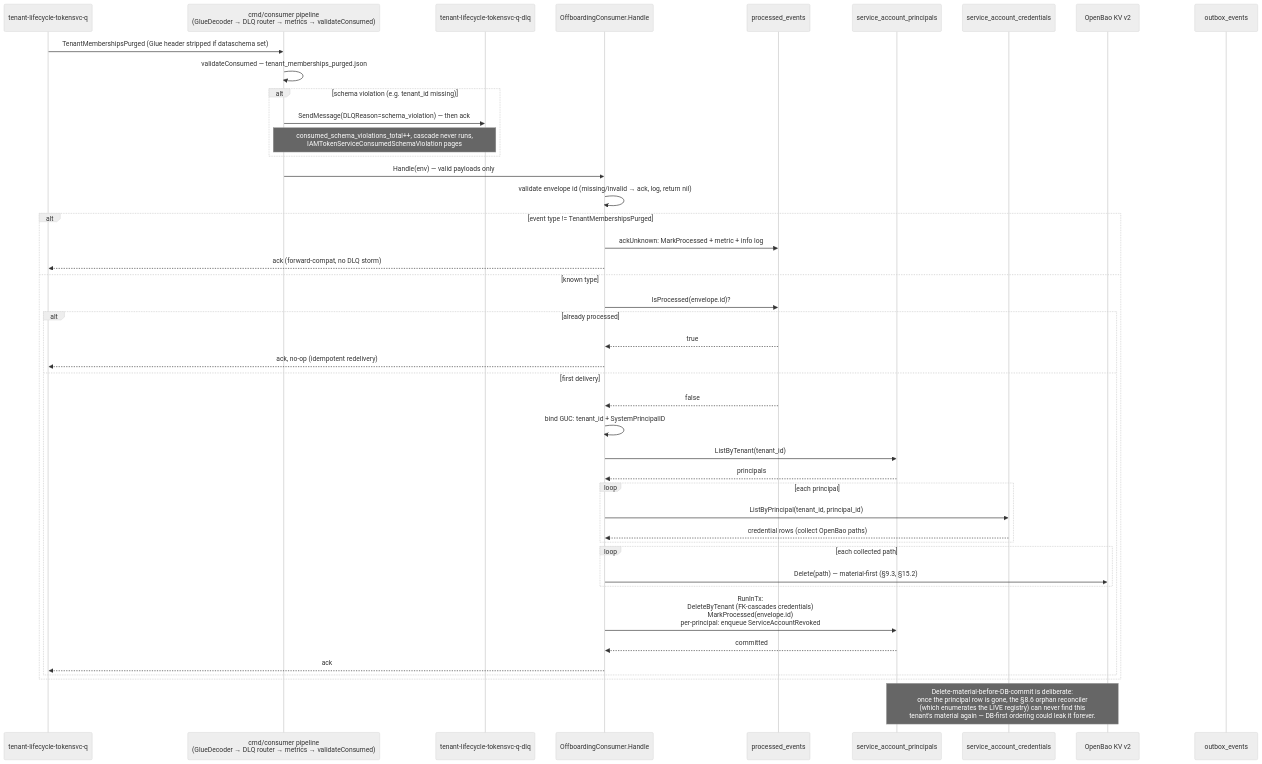
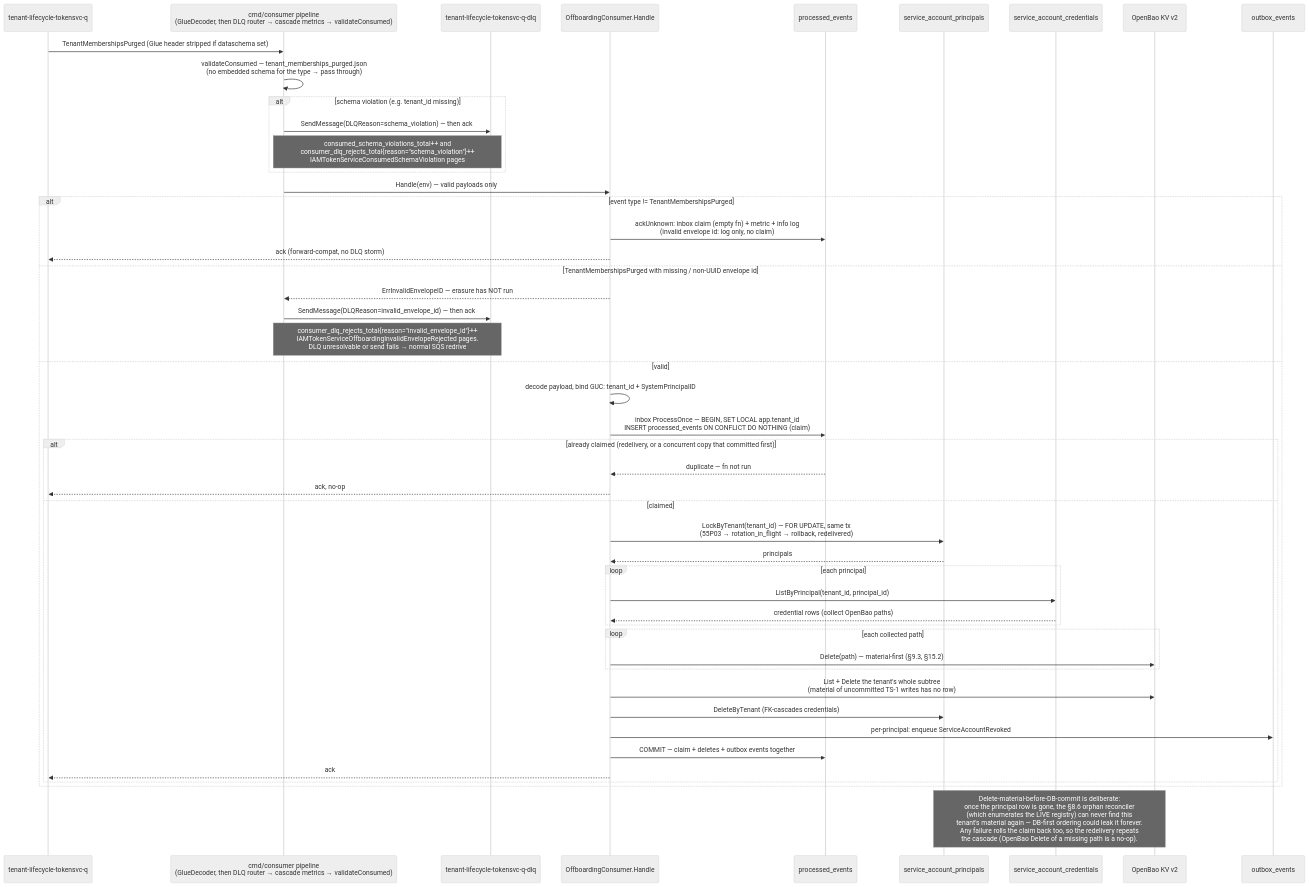
Before and after one commit to BCBP-SOLUTIONS-FZC-LLC/iam-token-service: the sixth of 13 diagrams in ARCHITECTURE.md, drawn with Mermaid (neutral theme). The commit also changed other lines of this file and 234 other files, not shown here.

````diff
--- a/ARCHITECTURE.md
+++ b/ARCHITECTURE.md
@@ -409,47 +477,51 @@
 ```mermaid
 sequenceDiagram
     participant SQS as tenant-lifecycle-tokensvc-q
-    participant PIPE as cmd/consumer pipeline<br/>(GlueDecoder → DLQ router → metrics → validateConsumed)
+    participant PIPE as cmd/consumer pipeline<br/>(GlueDecoder, then DLQ router → cascade metrics → validateConsumed)
     participant DLQ as tenant-lifecycle-tokensvc-q-dlq
     participant C as OffboardingConsumer.Handle
     participant PE as processed_events
     participant PRIN as service_account_principals
     participant CRED as service_account_credentials
     participant BAO as OpenBao KV v2
     participant PUB as outbox_events
 
     SQS->>PIPE: TenantMembershipsPurged (Glue header stripped if dataschema set)
-    PIPE->>PIPE: validateConsumed — tenant_memberships_purged.json
+    PIPE->>PIPE: validateConsumed — tenant_memberships_purged.json<br/>(no embedded schema for the type → pass through)
     alt schema violation (e.g. tenant_id missing)
         PIPE->>DLQ: SendMessage(DLQReason=schema_violation) — then ack
-        Note over PIPE,DLQ: consumed_schema_violations_total++, cascade never runs,<br/>IAMTokenServiceConsumedSchemaViolation pages
+        Note over PIPE,DLQ: consumed_schema_violations_total++ and<br/>consumer_dlq_rejects_total{reason="schema_violation"}++<br/>IAMTokenServiceConsumedSchemaViolation pages
     end
     PIPE->>C: Handle(env) — valid payloads only
-    C->>C: validate envelope id (missing/invalid → ack, log, return nil)
     alt event type != TenantMembershipsPurged
-        C->>PE: ackUnknown: MarkProcessed + metric + info log
+        C->>PE: ackUnknown: inbox claim (empty fn) + metric + info log<br/>(invalid envelope id: log only, no claim)
         C-->>SQS: ack (forward-compat, no DLQ storm)
-    else known type
-        C->>PE: IsProcessed(envelope.id)?
-        alt already processed
-            PE-->>C: true
-            C-->>SQS: ack, no-op (idempotent redelivery)
-        else first delivery
-            PE-->>C: false
-            C->>C: bind GUC: tenant_id + SystemPrincipalID
-            C->>PRIN: ListByTenant(tenant_id)
+    else TenantMembershipsPurged with missing / non-UUID envelope id
+        C-->>PIPE: ErrInvalidEnvelopeID — erasure has NOT run
+        PIPE->>DLQ: SendMessage(DLQReason=invalid_envelope_id) — then ack
+        Note over PIPE,DLQ: consumer_dlq_rejects_total{reason="invalid_envelope_id"}++<br/>IAMTokenServiceOffboardingInvalidEnvelopeRejected pages.<br/>DLQ unresolvable or send fails → normal SQS redrive
+    else valid
+        C->>C: decode payload, bind GUC: tenant_id + SystemPrincipalID
+        C->>PE: inbox ProcessOnce — BEGIN, SET LOCAL app.tenant_id<br/>INSERT processed_events ON CONFLICT DO NOTHING (claim)
+        alt already claimed (redelivery, or a concurrent copy that committed first)
+            PE-->>C: duplicate — fn not run
+            C-->>SQS: ack, no-op
+        else claimed
+            C->>PRIN: LockByTenant(tenant_id) — FOR UPDATE, same tx<br/>(55P03 → rotation_in_flight → rollback, redelivered)
             PRIN-->>C: principals
             loop each principal
                 C->>CRED: ListByPrincipal(tenant_id, principal_id)
                 CRED-->>C: credential rows (collect OpenBao paths)
             end
             loop each collected path
                 C->>BAO: Delete(path) — material-first (§9.3, §15.2)
             end
-            C->>PRIN: RunInTx:<br/>DeleteByTenant (FK-cascades credentials)<br/>MarkProcessed(envelope.id)<br/>per-principal: enqueue ServiceAccountRevoked
-            PRIN-->>C: committed
+            C->>BAO: List + Delete the tenant's whole subtree<br/>(material of uncommitted TS-1 writes has no row)
+            C->>PRIN: DeleteByTenant (FK-cascades credentials)
+            C->>PUB: per-principal: enqueue ServiceAccountRevoked
+            C->>PE: COMMIT — claim + deletes + outbox events together
             C-->>SQS: ack
         end
     end
-    Note over BAO,PRIN: Delete-material-before-DB-commit is deliberate:<br/>once the principal row is gone, the §8.6 orphan reconciler<br/>(which enumerates the LIVE registry) can never find this<br/>tenant's material again — DB-first ordering could leak it forever.
+    Note over BAO,PRIN: Delete-material-before-DB-commit is deliberate:<br/>once the principal row is gone, the §8.6 orphan reconciler<br/>(which enumerates the LIVE registry) can never find this<br/>tenant's material again — DB-first ordering could leak it forever.<br/>Any failure rolls the claim back too, so the redelivery repeats<br/>the cascade (OpenBao Delete of a missing path is a no-op).
 ```
````
